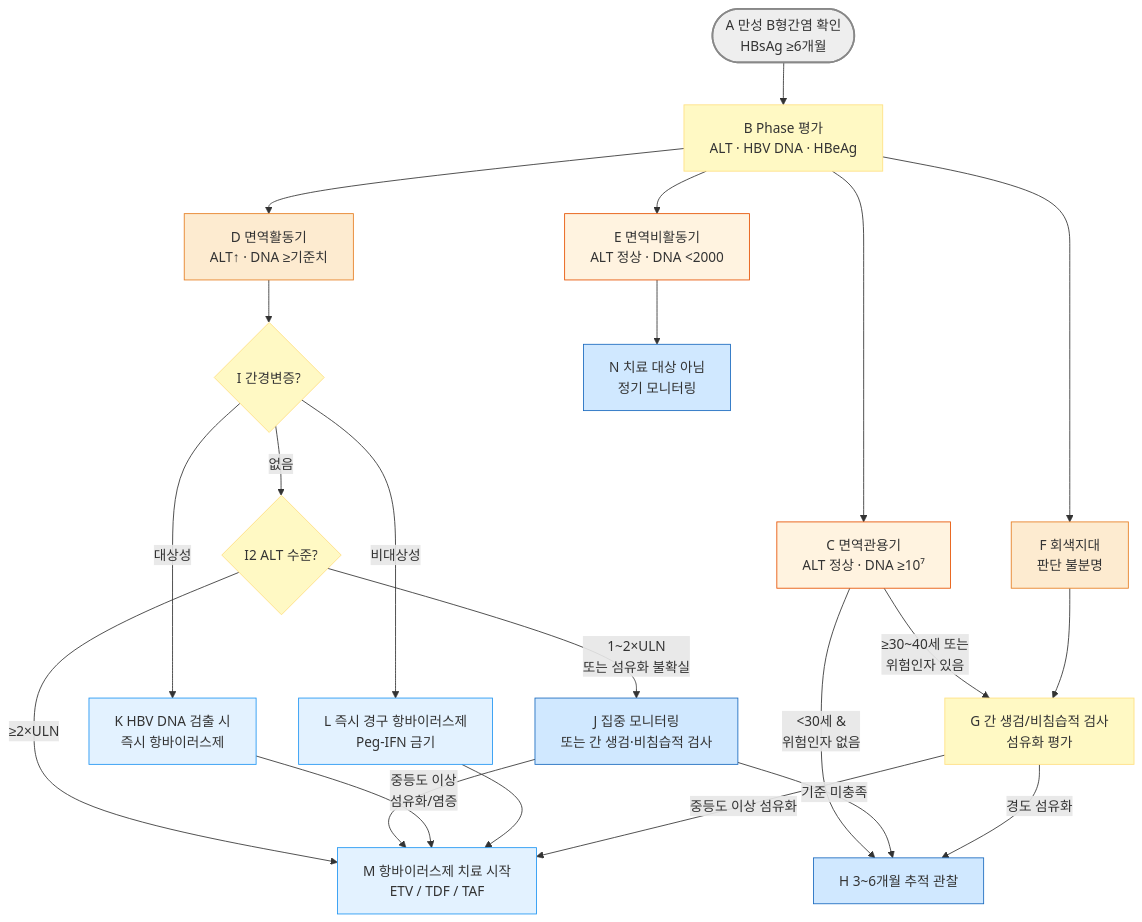
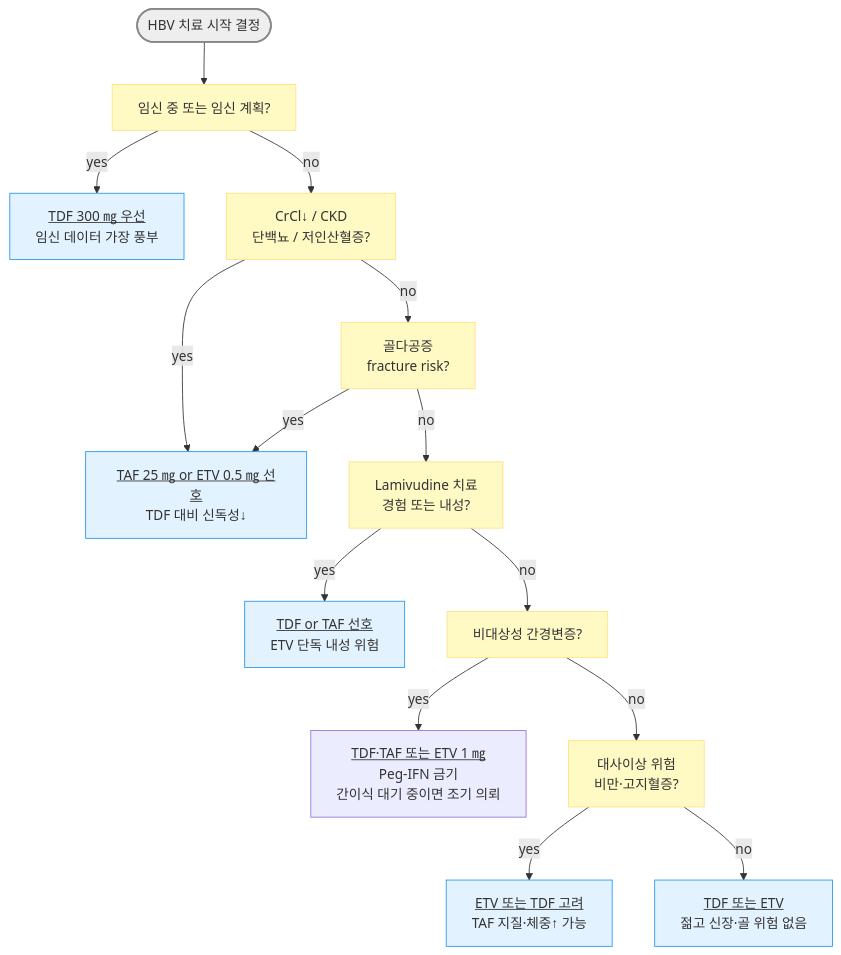
Before and after one commit to familyoh77/familyoh77: the first of 4 diagrams in 224_/091_b-hepatitis-b-viral-infection.md, drawn with Mermaid. The commit also changed other lines of this file, not shown here.

````diff
--- a/224_/091_b-hepatitis-b-viral-infection.md
+++ b/224_/091_b-hepatitis-b-viral-infection.md
@@ -145,43 +252,22 @@
 ```mermaid
 flowchart TD
-    A([A 만성 B형간염 확인<br/>HBsAg ≥6개월]) --> B[B Phase 평가<br/>ALT · HBV DNA · HBeAg]
-
-    B --> C[C 면역관용기<br/>ALT 정상 · DNA ≥10⁷]
-    B --> D[D 면역활동기<br/>ALT↑ · DNA ≥기준치]
-    B --> E[E 면역비활동기<br/>ALT 정상 · DNA <2000]
-    B --> F[F 회색지대<br/>판단 불분명]
-
-    C -->|≥30~40세 또는<br/>위험인자 있음| G[G 간 생검/비침습적 검사<br/>섬유화 평가]
-    C -->|<30세 &<br/>위험인자 없음| H[H 3~6개월 추적 관찰]
-
-    D --> I{I 간경변증?}
-    I -- 없음 --> I2{I2 ALT 수준?}
-    I2 -- "≥2×ULN" --> M
-    I2 -- "1~2×ULN<br/>또는 섬유화 불확실" --> J[J 집중 모니터링<br/>또는 간 생검·비침습적 검사]
-    J -->|중등도 이상<br/>섬유화/염증| M
-    J -->|기준 미충족| H
-
-    I -- 대상성 --> K[K HBV DNA 검출 시<br/>즉시 항바이러스제]
-    I -- 비대상성 --> L[L 즉시 경구 항바이러스제<br/>Peg-IFN 금기]
-
-    M[M 항바이러스제 치료 시작<br/>ETV / TDF / TAF]
-    K --> M
-    L --> M
-
-    E --> N[N 치료 대상 아님<br/>정기 모니터링]
-    G -->|중등도 이상 섬유화| M
-    G -->|경도 섬유화| H
-    F --> G
+    A([HBV 치료 시작 결정]) --> B[임신 중 또는 임신 계획?]
+    B -- yes --> TDF1[<u>TDF 300 ㎎ 우선</u><br/>임신 데이터 가장 풍부]
+    B -- no --> C[CrCl↓ / CKD<br/>단백뇨 / 저인산혈증?]
+    C -- yes --> D[<u>TAF 25 ㎎ or ETV 0.5 ㎎ 선호</u><br/>TDF 대비 신독성↓]
+    C -- no --> E[골다공증<br/>fracture risk?]
+    E -- yes --> D
+    E -- no --> F[Lamivudine 치료<br/>경험 또는 내성?]
+    F -- yes --> G[<u>TDF or TAF 선호</u><br/>ETV 단독 내성 위험]
+    F -- no --> H[비대상성 간경변증?]
+    H -- yes --> I[<u>TDF·TAF 또는 ETV 1 ㎎</u><br/>Peg-IFN 금기<br/>간이식 대기 중이면 조기 의뢰]
+    H -- no --> J[대사이상 위험<br/>비만·고지혈증?]
+    J -- yes --> K[<u>ETV 또는 TDF 고려</u><br/>TAF 지질·체중↑ 가능]
+    J -- no --> L[<u>TDF 또는 ETV</u><br/>젊고 신장·골 위험 없음]
 
 style A fill:#eeeeee,stroke:#888888,stroke-width:2px
 classDef yellow fill:#fff9c4,stroke:#ffe082
-class B,I,I2,G yellow
-classDef orange fill:#fdebd0,stroke:#e67e22
-class D,F orange
-classDef orange50 fill:#fff3e0,stroke:#e65100
-class C,E orange50
-classDef blue fill:#d0e8ff,stroke:#1a6abf
-class H,N,J blue
+class B,C,E,F,H,J yellow
 classDef sky fill:#e3f2ff,stroke:#2196f3
-class L,K,M sky
+class TDF1,D,G,K,L sky
 ```
````
